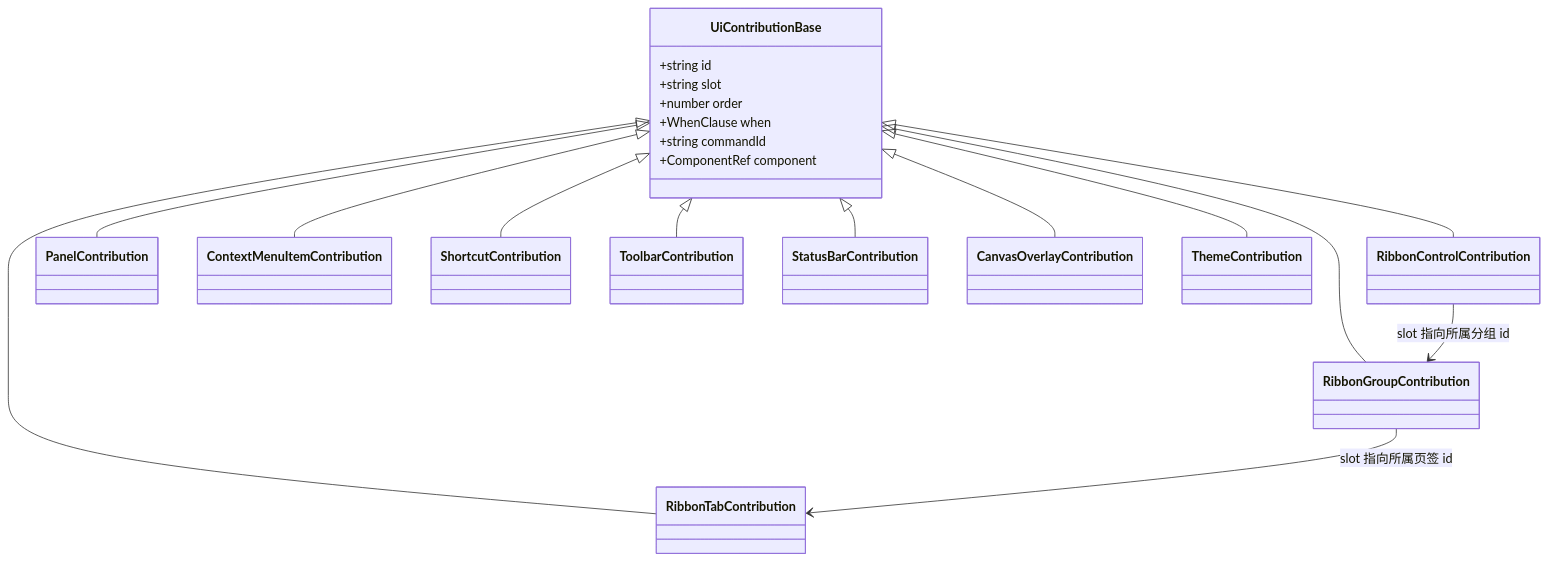
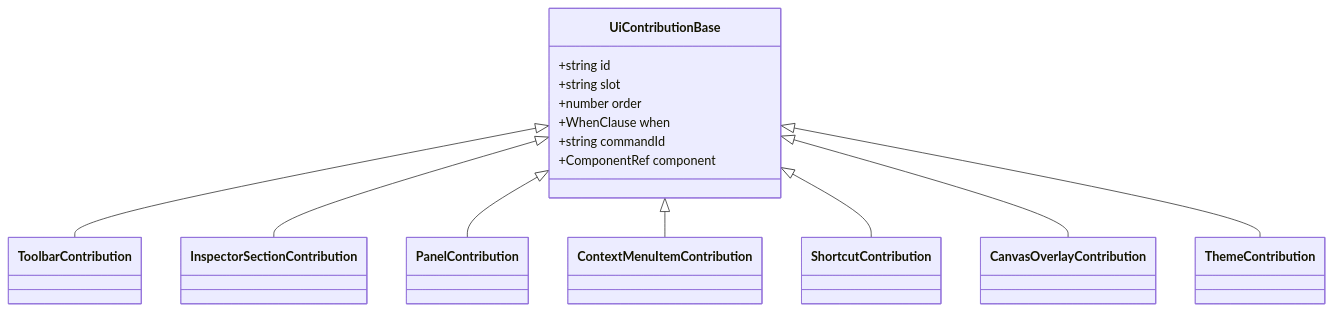
One commit to Xeonice/cordis-ppt-editor changed the first of 5 diagrams in docs/20-design/06-extensibility-ux.md. Above: the diagram before and after it, drawn with Mermaid. The commit also changed other lines of this file and 44 other files, not shown here.

````diff
--- a/docs/20-design/06-extensibility-ux.md
+++ b/docs/20-design/06-extensibility-ux.md
@@ -42,23 +44,18 @@
 ```mermaid
 classDiagram
   class UiContributionBase {
     +string id
     +string slot
     +number order
     +WhenClause when
     +string commandId
     +ComponentRef component
   }
-  UiContributionBase <|-- RibbonTabContribution
-  UiContributionBase <|-- RibbonGroupContribution
-  UiContributionBase <|-- RibbonControlContribution
+  UiContributionBase <|-- ToolbarContribution
+  UiContributionBase <|-- InspectorSectionContribution
   UiContributionBase <|-- PanelContribution
   UiContributionBase <|-- ContextMenuItemContribution
   UiContributionBase <|-- ShortcutContribution
-  UiContributionBase <|-- ToolbarContribution
-  UiContributionBase <|-- StatusBarContribution
   UiContributionBase <|-- CanvasOverlayContribution
   UiContributionBase <|-- ThemeContribution
-  RibbonControlContribution --> RibbonGroupContribution : slot 指向所属分组 id
-  RibbonGroupContribution --> RibbonTabContribution : slot 指向所属页签 id
 ```
````
